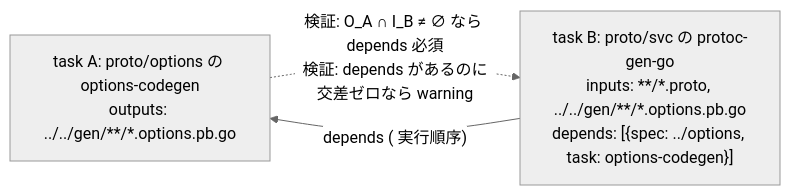
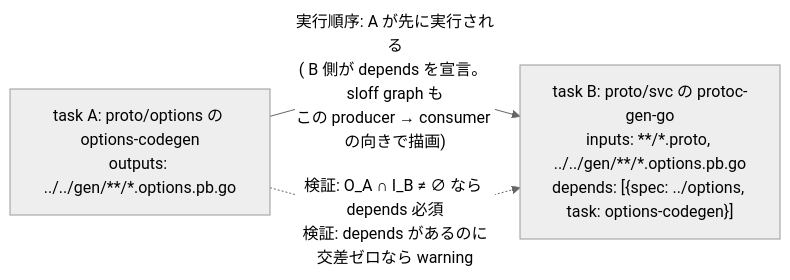
The third of 3 diagrams in docs/design/architecture.md (izumin5210/sloff), drawn with Mermaid (neutral theme) before and after one commit.

Commit message:
docs: align the depends diagram arrow with sloff graph output direction

````diff
--- a/docs/design/architecture.md
+++ b/docs/design/architecture.md
@@ -621,7 +621,7 @@
 ```mermaid
 flowchart LR
     A["task A: proto/options の options-codegen<br/>outputs: ../../gen/**/*.options.pb.go"]
     B["task B: proto/svc の protoc-gen-go<br/>inputs: **/*.proto, ../../gen/**/*.options.pb.go<br/>depends: [{spec: ../options, task: options-codegen}]"]
-    B -- "depends ( 実行順序)" --> A
+    A -- "実行順序: A が先に実行される<br/>( B 側が depends を宣言。 sloff graph も<br/>この producer → consumer の向きで描画)" --> B
     A -. "検証: O_A ∩ I_B ≠ ∅ なら depends 必須<br/>検証: depends があるのに交差ゼロなら warning" .-> B
 ```
````
